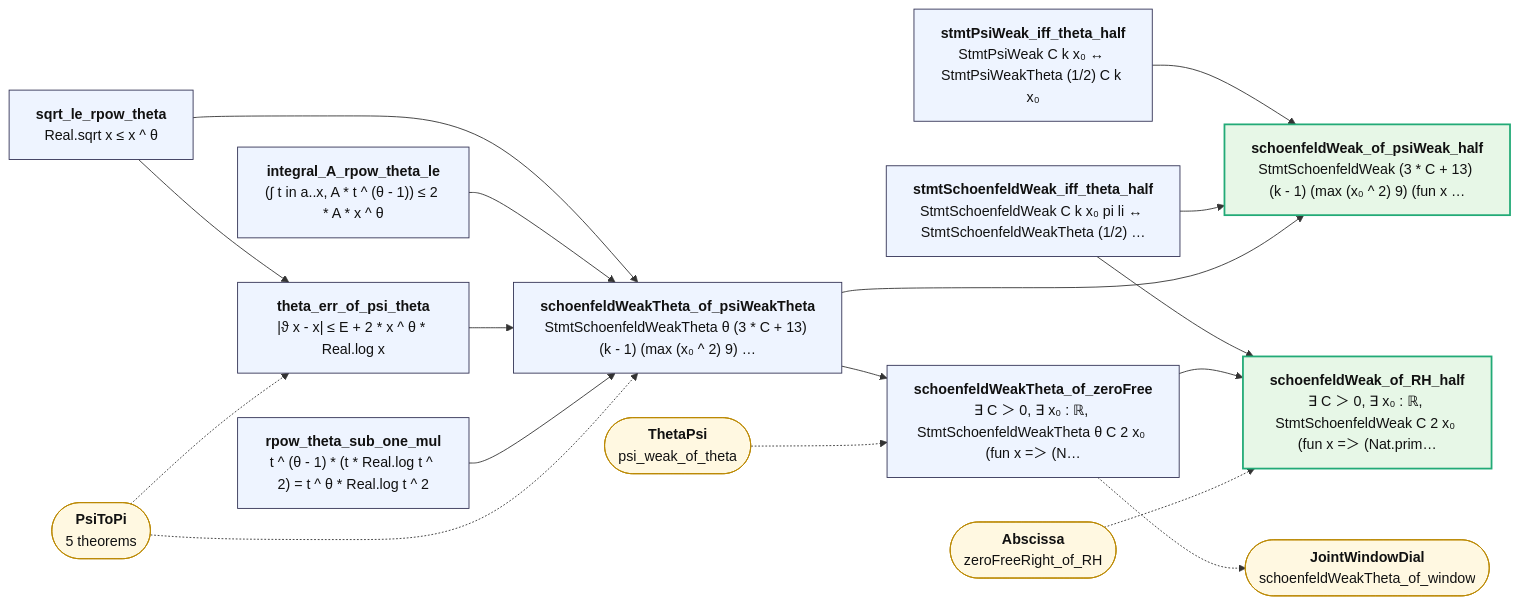
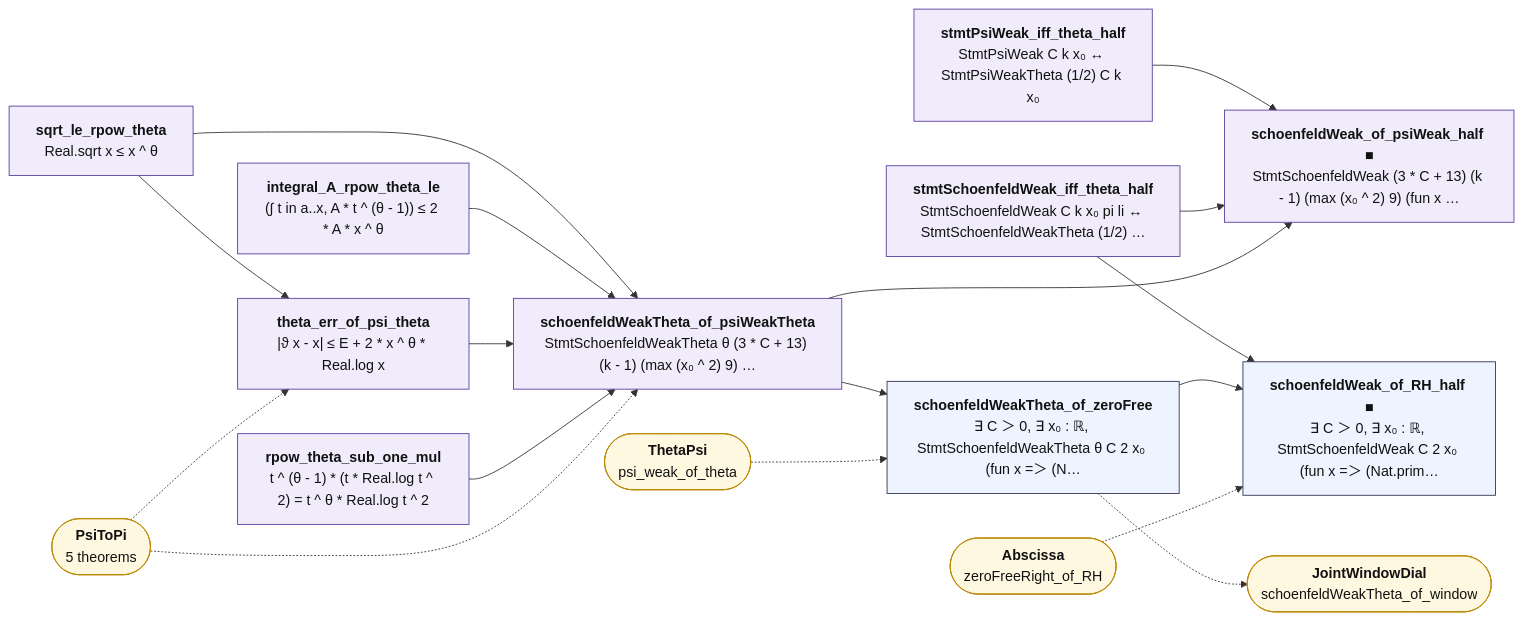
The diagram in map/lean_stage3/ThetaPi.md (juliansambranojr/Primebeat_081426), drawn with Mermaid before and after one commit. The commit also changed other lines of this file and 398 other files, not shown here.

````diff
--- a/map/lean_stage3/ThetaPi.md
+++ b/map/lean_stage3/ThetaPi.md
@@ -12,38 +12,41 @@
 ```mermaid
 flowchart LR
-  n0["<b>stmtPsiWeak_iff_theta_half</b><br/>StmtPsiWeak C k x₀ ↔ StmtPsiWeakTheta (1/2) C k x₀"]:::thm
-  n1["<b>stmtSchoenfeldWeak_iff_theta_half</b><br/>StmtSchoenfeldWeak C k x₀ pi li ↔ StmtSchoenfeldWeakTheta (1/2) …"]:::thm
-  n2["<b>sqrt_le_rpow_theta</b><br/>Real.sqrt x ≤ x ^ θ"]:::thm
-  n3["<b>integral_A_rpow_theta_le</b><br/>(∫ t in a..x, A * t ^ (θ - 1)) ≤ 2 * A * x ^ θ"]:::thm
-  n4["<b>theta_err_of_psi_theta</b><br/>|ϑ x - x| ≤ E + 2 * x ^ θ * Real.log x"]:::thm
-  n5["<b>rpow_theta_sub_one_mul</b><br/>t ^ (θ - 1) * (t * Real.log t ^ 2) = t ^ θ * Real.log t ^ 2"]:::thm
-  n6["<b>schoenfeldWeakTheta_of_psiWeakTheta</b><br/>StmtSchoenfeldWeakTheta θ (3 * C + 13) (k - 1) (max (x₀ ^ 2) 9) …"]:::thm
-  n7["<b>schoenfeldWeak_of_psiWeak_half</b><br/>StmtSchoenfeldWeak (3 * C + 13) (k - 1) (max (x₀ ^ 2) 9) (fun x …"]:::end_
+  n0["<b>stmtPsiWeak_iff_theta_half</b><br/>StmtPsiWeak C k x₀ ↔ StmtPsiWeakTheta (1/2) C k x₀"]:::shp
+  n1["<b>stmtSchoenfeldWeak_iff_theta_half</b><br/>StmtSchoenfeldWeak C k x₀ pi li ↔ StmtSchoenfeldWeakTheta (1/2) …"]:::shp
+  n2["<b>sqrt_le_rpow_theta</b><br/>Real.sqrt x ≤ x ^ θ"]:::shp
+  n3["<b>integral_A_rpow_theta_le</b><br/>(∫ t in a..x, A * t ^ (θ - 1)) ≤ 2 * A * x ^ θ"]:::shp
+  n4["<b>theta_err_of_psi_theta</b><br/>|ϑ x - x| ≤ E + 2 * x ^ θ * Real.log x"]:::shp
+  n5["<b>rpow_theta_sub_one_mul</b><br/>t ^ (θ - 1) * (t * Real.log t ^ 2) = t ^ θ * Real.log t ^ 2"]:::shp
+  n6["<b>schoenfeldWeakTheta_of_psiWeakTheta</b><br/>StmtSchoenfeldWeakTheta θ (3 * C + 13) (k - 1) (max (x₀ ^ 2) 9) …"]:::shp
+  n7["<b>schoenfeldWeak_of_psiWeak_half ■</b><br/>StmtSchoenfeldWeak (3 * C + 13) (k - 1) (max (x₀ ^ 2) 9) (fun x …"]:::shp
   n8["<b>schoenfeldWeakTheta_of_zeroFree</b><br/>∃ C ＞ 0, ∃ x₀ : ℝ, StmtSchoenfeldWeakTheta θ C 2 x₀ (fun x =＞ (N…"]:::thm
-  n9["<b>schoenfeldWeak_of_RH_half</b><br/>∃ C ＞ 0, ∃ x₀ : ℝ, StmtSchoenfeldWeak C 2 x₀ (fun x =＞ (Nat.prim…"]:::end_
+  n9["<b>schoenfeldWeak_of_RH_half ■</b><br/>∃ C ＞ 0, ∃ x₀ : ℝ, StmtSchoenfeldWeak C 2 x₀ (fun x =＞ (Nat.prim…"]:::thm
   x0(["<b>PsiToPi</b><br/>5 theorems"]):::ext
   x1(["<b>ThetaPsi</b><br/>psi_weak_of_theta"]):::ext
   x2(["<b>JointWindowDial</b><br/>schoenfeldWeakTheta_of_window"]):::ext
   x3(["<b>Abscissa</b><br/>zeroFreeRight_of_RH"]):::ext
   n0 --> n7
   n1 --> n7
   n1 --> n9
   n2 --> n4
   n2 --> n6
   n3 --> n6
   n4 --> n6
   n5 --> n6
   n6 --> n7
   n6 --> n8
   n8 --> n9
   n8 -.-> x2
   x0 -.-> n4
   x0 -.-> n6
   x1 -.-> n8
   x3 -.-> n9
+  classDef cnt fill:#dff5ec,stroke:#17694a,color:#111
+  classDef shp fill:#f1ecfb,stroke:#5b3fa0,color:#111
+  classDef rh fill:#ffe5e5,stroke:#c22,color:#111,stroke-width:2px
   classDef thm fill:#eef4ff,stroke:#335,color:#111
   classDef end_ fill:#e7f7e7,stroke:#2a7,color:#111,stroke-width:2px
   classDef lone fill:#fff,stroke:#999,color:#111,stroke-dasharray:4 3
   classDef bad fill:#ffe5e5,stroke:#c22,color:#111,stroke-width:2px
   classDef ext fill:#fff8e1,stroke:#b80,color:#111
 ```
````
